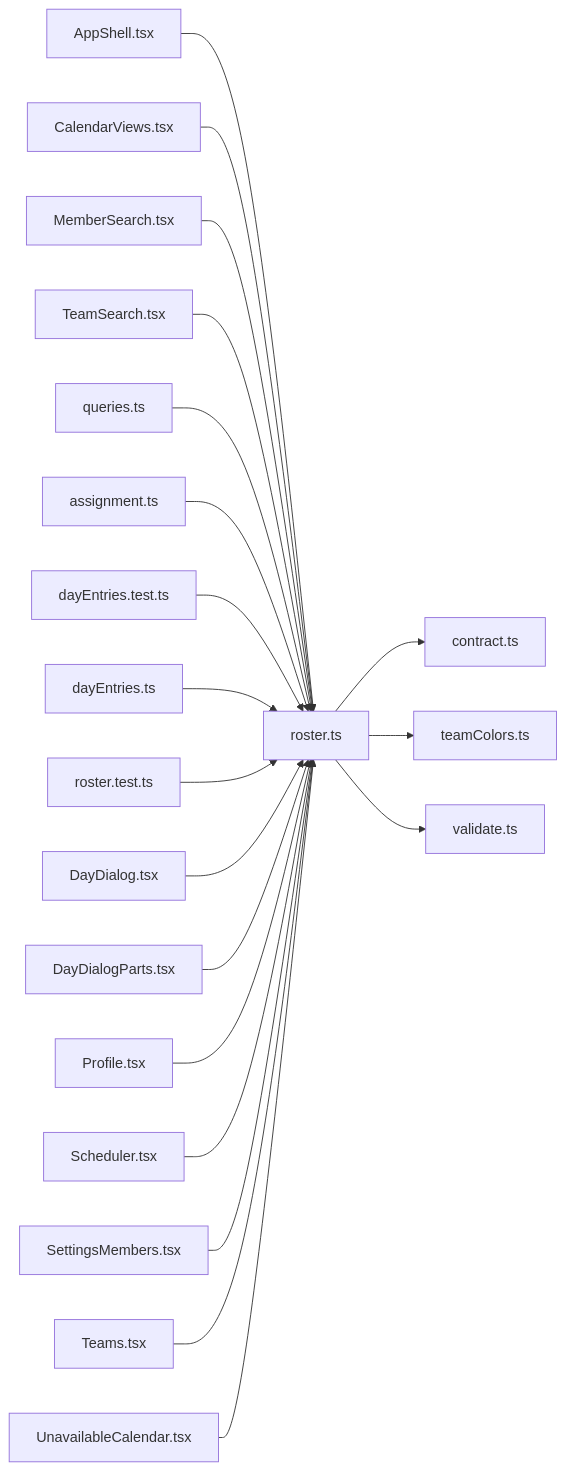
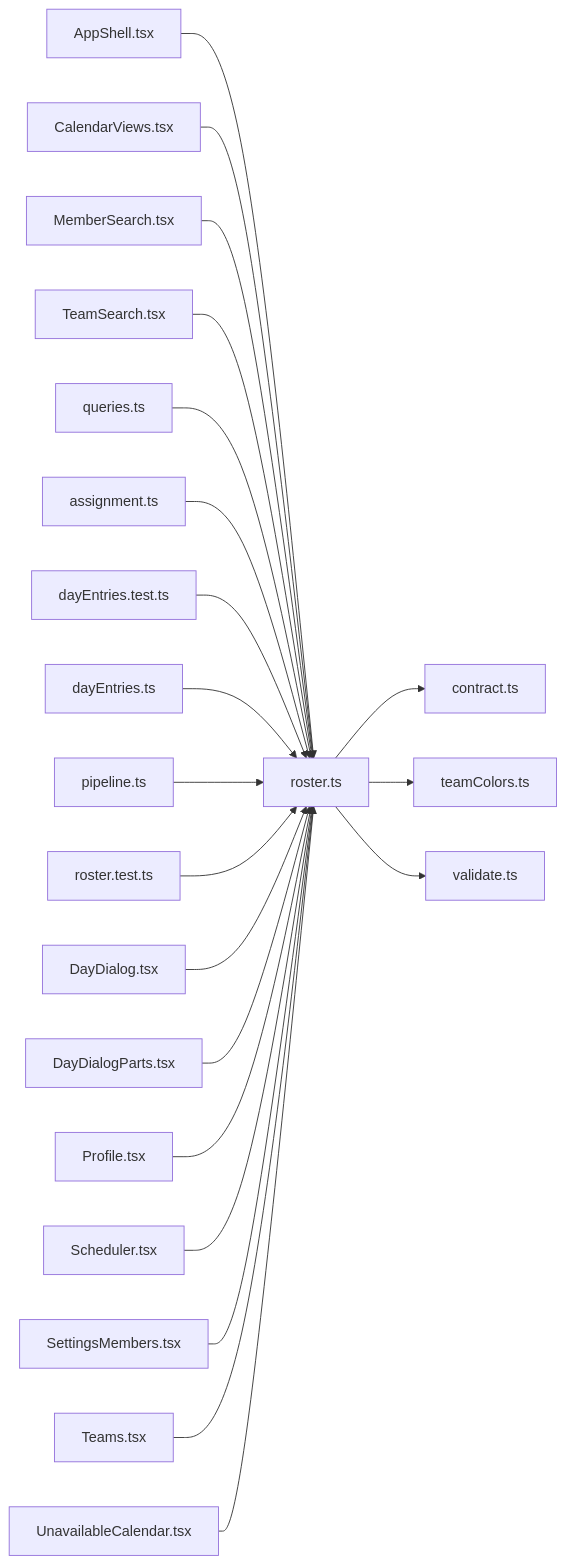
The diagram in .cluedoc/graph/frontend/src/lib/roster.md (minkong-dev/Banblit), drawn with Mermaid before and after one commit. The commit also changed other lines of this file and 11 other files, not shown here.

First line of the commit message:
frontend: move team saving, schedule loading and draft checks out of routes into lib

````diff
--- a/.cluedoc/graph/frontend/src/lib/roster.md
+++ b/.cluedoc/graph/frontend/src/lib/roster.md
@@ -10,23 +10,24 @@
 ```mermaid
 flowchart LR
   frontend_src_lib_roster["roster.ts"]
   frontend_src_lib_roster --> frontend_src_lib_contract["contract.ts"]
   frontend_src_lib_roster --> frontend_src_lib_teamColors["teamColors.ts"]
   frontend_src_lib_roster --> frontend_src_lib_validate["validate.ts"]
   frontend_src_components_AppShell["AppShell.tsx"] --> frontend_src_lib_roster
   frontend_src_components_CalendarViews["CalendarViews.tsx"] --> frontend_src_lib_roster
   frontend_src_components_MemberSearch["MemberSearch.tsx"] --> frontend_src_lib_roster
   frontend_src_components_TeamSearch["TeamSearch.tsx"] --> frontend_src_lib_roster
   frontend_src_components_queries["queries.ts"] --> frontend_src_lib_roster
   frontend_src_lib_assignment["assignment.ts"] --> frontend_src_lib_roster
   frontend_src_lib_dayEntries_test["dayEntries.test.ts"] --> frontend_src_lib_roster
   frontend_src_lib_dayEntries["dayEntries.ts"] --> frontend_src_lib_roster
+  frontend_src_lib_pipeline["pipeline.ts"] --> frontend_src_lib_roster
   frontend_src_lib_roster_test["roster.test.ts"] --> frontend_src_lib_roster
   frontend_src_routes_DayDialog["DayDialog.tsx"] --> frontend_src_lib_roster
   frontend_src_routes_DayDialogParts["DayDialogParts.tsx"] --> frontend_src_lib_roster
   frontend_src_routes_Profile["Profile.tsx"] --> frontend_src_lib_roster
   frontend_src_routes_Scheduler["Scheduler.tsx"] --> frontend_src_lib_roster
   frontend_src_routes_SettingsMembers["SettingsMembers.tsx"] --> frontend_src_lib_roster
   frontend_src_routes_Teams["Teams.tsx"] --> frontend_src_lib_roster
   frontend_src_routes_UnavailableCalendar["UnavailableCalendar.tsx"] --> frontend_src_lib_roster
 ```
````
